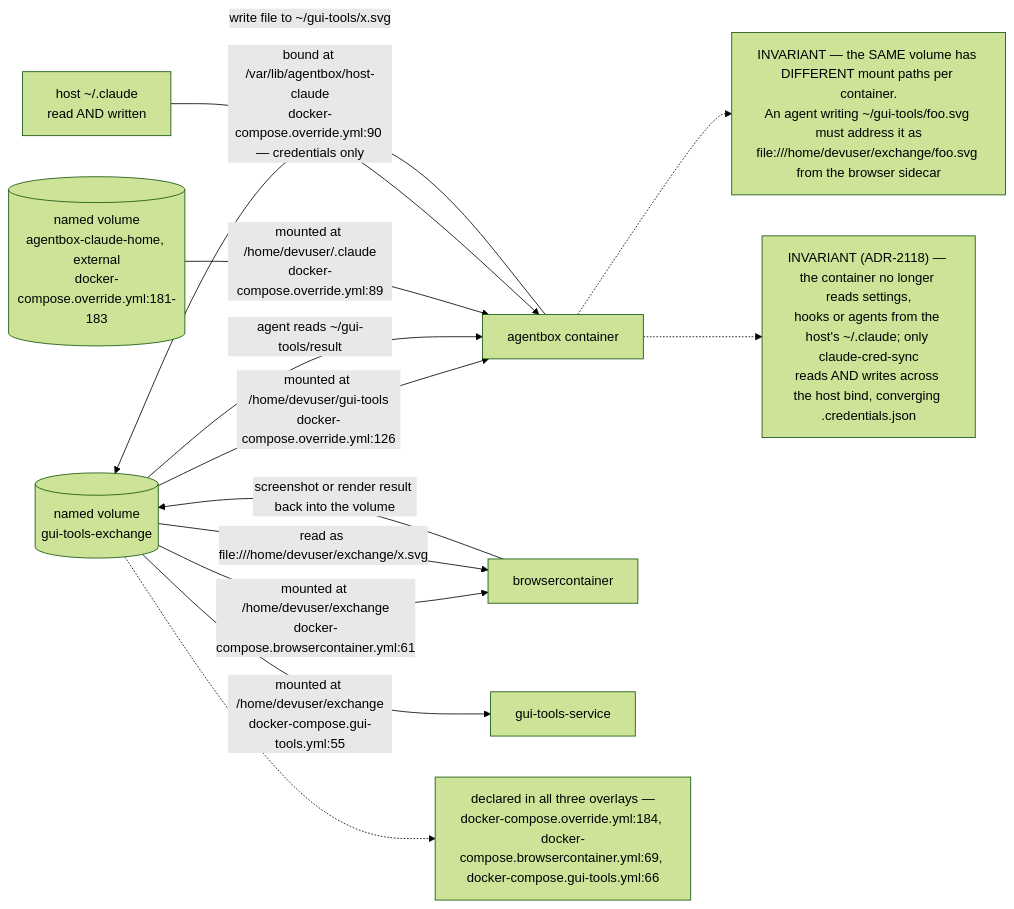
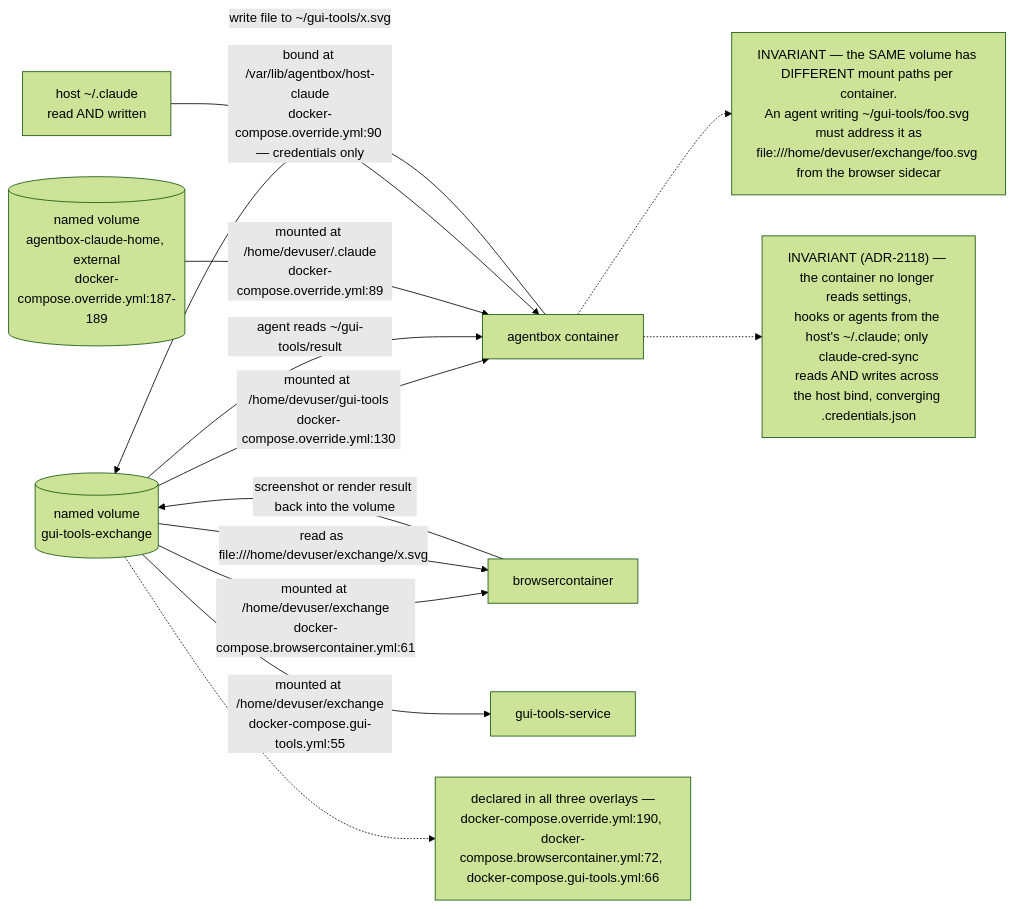
The third of 13 diagrams in docs/diagrams/agentbox/06-sidecars-and-compose-overlays.md (DreamLab-AI/VisionFlow), drawn with Mermaid (forest theme) before and after one commit. The commit also changed other lines of this file and 14 other files, not shown here.

First line of the commit message:
docs(diagrams): custody role isolation — new AB-36, re-stamp 11 topics at the custody integration head

````diff
--- a/docs/diagrams/agentbox/06-sidecars-and-compose-overlays.md
+++ b/docs/diagrams/agentbox/06-sidecars-and-compose-overlays.md
@@ -99,15 +109,15 @@
 ```mermaid
 flowchart LR
-    V[("named volume<br/>gui-tools-exchange")] -->|"mounted at /home/devuser/gui-tools<br/>docker-compose.override.yml:126"| AB["agentbox container"]
+    V[("named volume<br/>gui-tools-exchange")] -->|"mounted at /home/devuser/gui-tools<br/>docker-compose.override.yml:130"| AB["agentbox container"]
     V -->|"mounted at /home/devuser/exchange<br/>docker-compose.browsercontainer.yml:61"| BC["browsercontainer"]
     V -->|"mounted at /home/devuser/exchange<br/>docker-compose.gui-tools.yml:55"| GT["gui-tools-service"]
     AB -->|"write file to ~/gui-tools/x.svg"| V
     V -->|"read as file:///home/devuser/exchange/x.svg"| BC
     BC -->|"screenshot or render result back into the volume"| V
     V -->|"agent reads ~/gui-tools/result"| AB
     AB -.-> NOTE["INVARIANT — the SAME volume has DIFFERENT mount paths per container.<br/>An agent writing ~/gui-tools/foo.svg must address it as<br/>file:///home/devuser/exchange/foo.svg from the browser sidecar"]
-    V -.-> DECL["declared in all three overlays —<br/>docker-compose.override.yml:184, docker-compose.browsercontainer.yml:69, docker-compose.gui-tools.yml:66"]
-    CH[("named volume<br/>agentbox-claude-home, external<br/>docker-compose.override.yml:181-183")] -->|"mounted at /home/devuser/.claude<br/>docker-compose.override.yml:89"| AB
+    V -.-> DECL["declared in all three overlays —<br/>docker-compose.override.yml:190, docker-compose.browsercontainer.yml:72, docker-compose.gui-tools.yml:66"]
+    CH[("named volume<br/>agentbox-claude-home, external<br/>docker-compose.override.yml:187-189")] -->|"mounted at /home/devuser/.claude<br/>docker-compose.override.yml:89"| AB
     HB["host ~/.claude<br/>read AND written"] -->|"bound at /var/lib/agentbox/host-claude<br/>docker-compose.override.yml:90 — credentials only"| AB
     AB -.-> INV2["INVARIANT (ADR-2118) — the container no longer reads settings,<br/>hooks or agents from the host's ~/.claude; only claude-cred-sync<br/>reads AND writes across the host bind, converging .credentials.json"]
 ```
````
